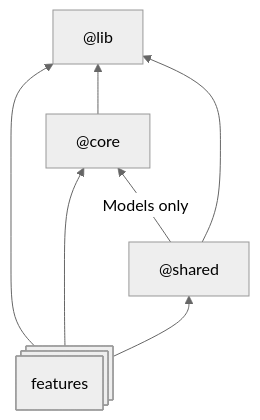
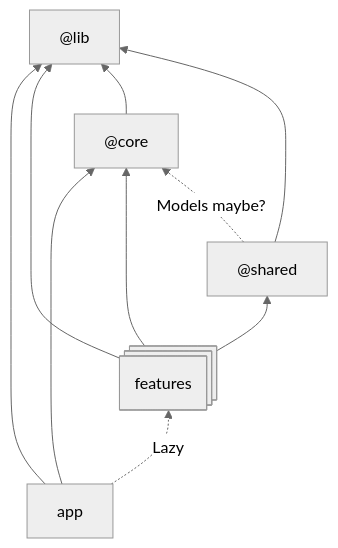
The diagram in README.md (Nanges/ng-playground), drawn with Mermaid (neutral theme) before and after one commit.

Commit message:
Update graph

````diff
--- a/README.md
+++ b/README.md
@@ -7,13 +7,17 @@
 ```mermaid
 flowchart BT
     lib["@lib"]
     core["@core"]
     shared["@shared"]
     feature@{ shape: procs, label: "features"}
+    app
+    app --> core
+    app --> lib
+    app -.Lazy.->
     feature --> lib
     feature --> core
     feature --> shared
     core --> lib
     shared --> lib
-    shared -- Models only --> core
+    shared -.Models maybe?.-> core
 ```
````
